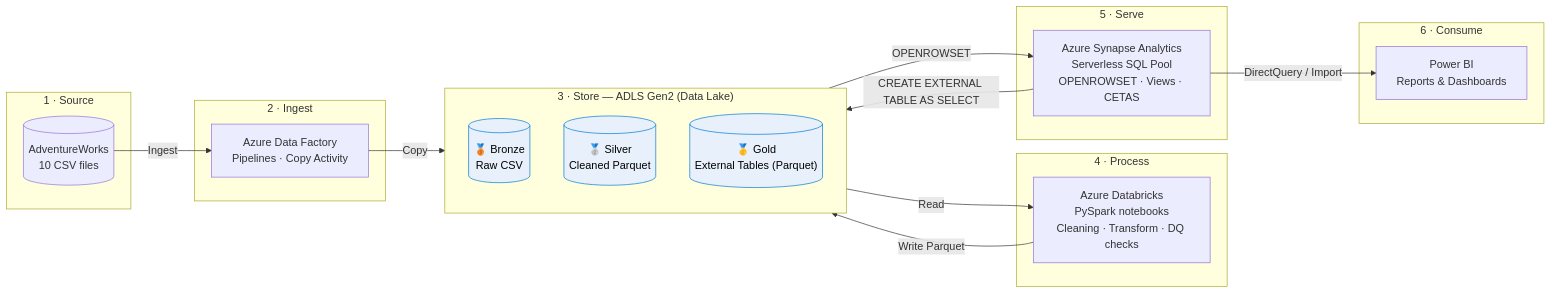
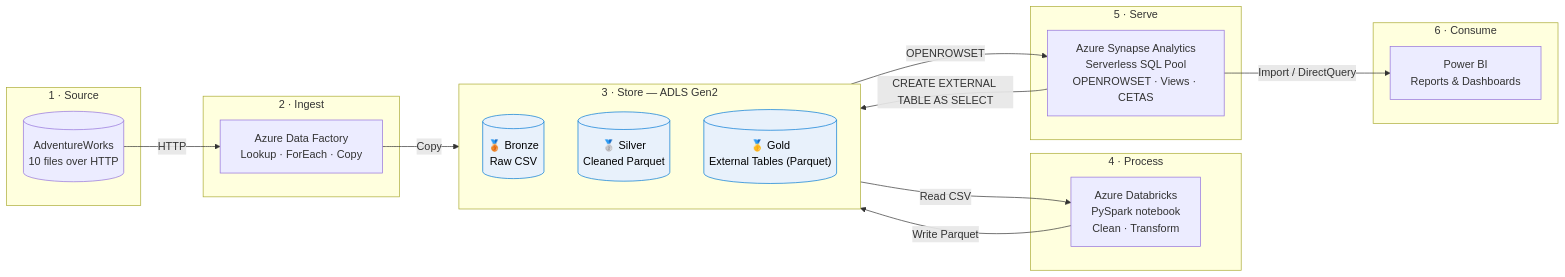
One commit to Abinash072/Azure-End-To-End-Data-Engineering-Project changed the first of 4 diagrams in README.md. Above: the diagram before and after it, drawn with Mermaid. The commit also changed other lines of this file and 1 other file, not shown here.

````diff
--- a/README.md
+++ b/README.md
@@ -58,40 +53,40 @@
 ```mermaid
 flowchart LR
     subgraph SRC["1 · Source"]
-        S1[("AdventureWorks<br/>10 CSV files")]
+        S1[("AdventureWorks<br/>10 files over HTTP")]
     end
 
     subgraph ING["2 · Ingest"]
-        ADF["Azure Data Factory<br/>Pipelines · Copy Activity"]
+        ADF["Azure Data Factory<br/>Lookup · ForEach · Copy"]
     end
 
-    subgraph LAKE["3 · Store — ADLS Gen2 (Data Lake)"]
+    subgraph LAKE["3 · Store — ADLS Gen2"]
         direction TB
         BR[("🥉 Bronze<br/>Raw CSV")]
         SL[("🥈 Silver<br/>Cleaned Parquet")]
         GD[("🥇 Gold<br/>External Tables (Parquet)")]
     end
 
     subgraph PRO["4 · Process"]
-        DBX["Azure Databricks<br/>PySpark notebooks<br/>Cleaning · Transform · DQ checks"]
+        DBX["Azure Databricks<br/>PySpark notebook<br/>Clean · Transform"]
     end
 
     subgraph SRV["5 · Serve"]
         SYN["Azure Synapse Analytics<br/>Serverless SQL Pool<br/>OPENROWSET · Views · CETAS"]
     end
 
     subgraph CON["6 · Consume"]
         PBI["Power BI<br/>Reports & Dashboards"]
     end
 
-    S1 -->|"Ingest"| ADF
+    S1 -->|"HTTP"| ADF
     ADF -->|"Copy"| BR
-    BR -->|"Read"| DBX
+    BR -->|"Read CSV"| DBX
     DBX -->|"Write Parquet"| SL
     SL -->|"OPENROWSET"| SYN
     SYN -->|"CREATE EXTERNAL TABLE AS SELECT"| GD
-    SYN -->|"DirectQuery / Import"| PBI
+    SYN -->|"Import / DirectQuery"| PBI
 
     classDef store fill:#e8f1fb,stroke:#0078d4,color:#000;
     class BR,SL,GD store;
 ```
````
